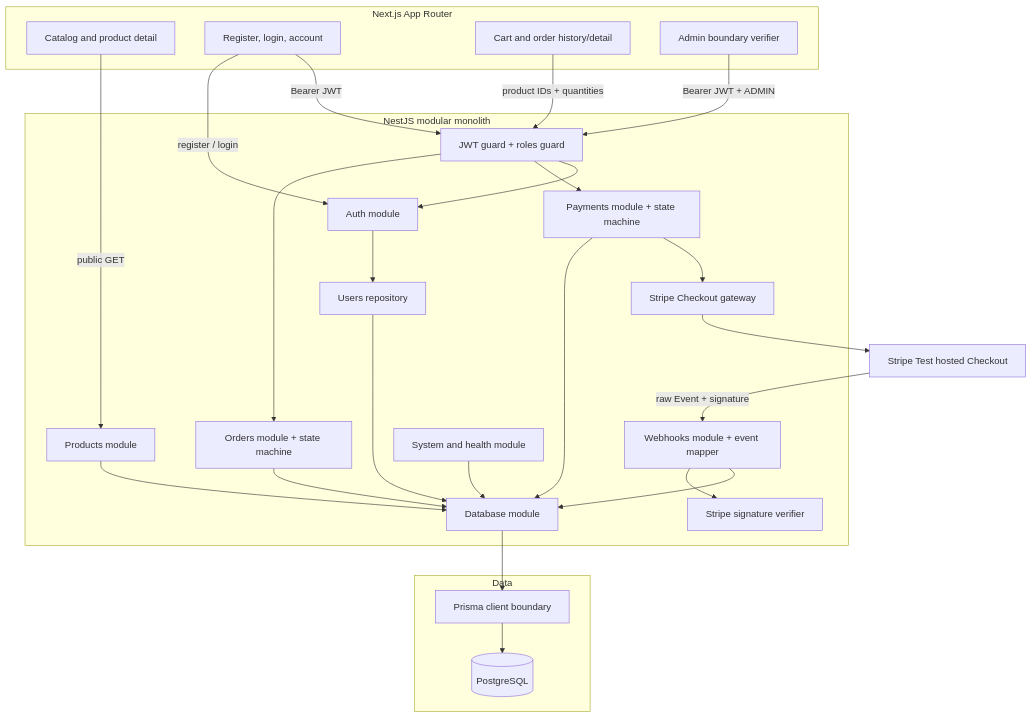
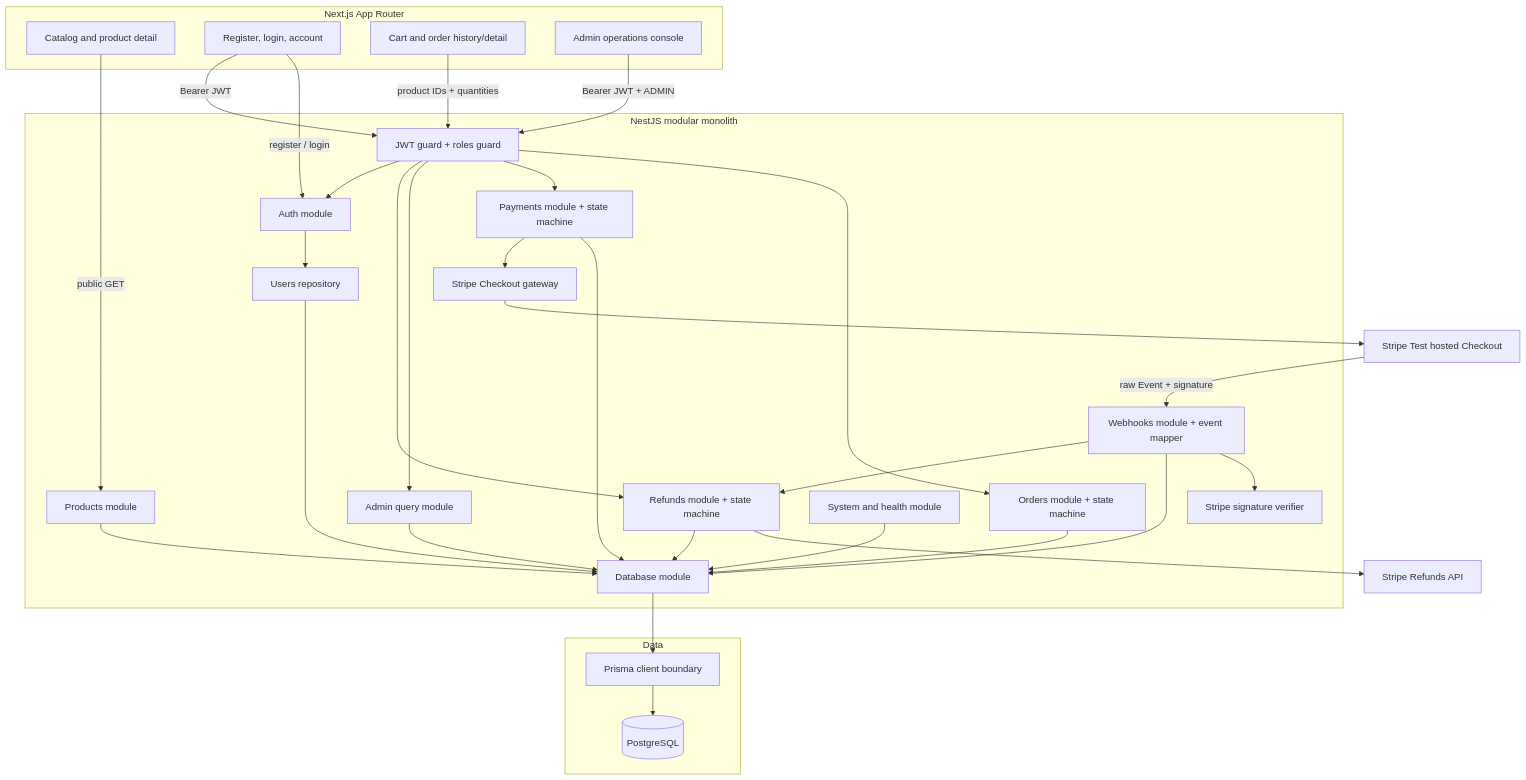
One commit to tianhao8687/payflow changed the diagram in docs/architecture.md. Above: the diagram before and after it, drawn with Mermaid. The commit also changed other lines of this file and 57 other files, not shown here.

Commit message:
feat: complete stage 5 refunds and admin

````diff
--- a/docs/architecture.md
+++ b/docs/architecture.md
@@ -10,48 +9,56 @@
 ```mermaid
 flowchart TB
   subgraph Client[Next.js App Router]
     Catalog[Catalog and product detail]
     AuthUI[Register, login, account]
     Cart[Cart and order history/detail]
-    AdminUI[Admin boundary verifier]
+    AdminUI[Admin operations console]
   end
 
   subgraph ModularMonolith[NestJS modular monolith]
     Auth[Auth module]
     Users[Users repository]
     Products[Products module]
     Orders[Orders module + state machine]
     Payments[Payments module + state machine]
     StripeGateway[Stripe Checkout gateway]
     Webhooks[Webhooks module + event mapper]
+    Refunds[Refunds module + state machine]
+    Admin[Admin query module]
     StripeVerifier[Stripe signature verifier]
     Guards[JWT guard + roles guard]
     System[System and health module]
     DatabaseModule[Database module]
   end
 
   subgraph Data
     Prisma[Prisma client boundary]
     Postgres[(PostgreSQL)]
   end
 
   Catalog -->|public GET| Products
   Cart -->|product IDs + quantities| Guards
   Guards --> Orders
   Guards --> Payments
   AuthUI -->|register / login| Auth
   AuthUI -->|Bearer JWT| Guards
   AdminUI -->|Bearer JWT + ADMIN| Guards
+  Guards --> Admin
+  Guards --> Refunds
   Guards --> Auth
   Auth --> Users
   Products --> DatabaseModule
   Orders --> DatabaseModule
   Payments --> DatabaseModule
   Payments --> StripeGateway --> Stripe[Stripe Test hosted Checkout]
   Stripe -->|raw Event + signature| Webhooks
   Webhooks --> StripeVerifier
   Webhooks --> DatabaseModule
+  Webhooks --> Refunds
+  Refunds --> StripeRefunds[Stripe Refunds API]
+  Refunds --> DatabaseModule
+  Admin --> DatabaseModule
   Users --> DatabaseModule
   System --> DatabaseModule
   DatabaseModule --> Prisma --> Postgres
 ```
````
